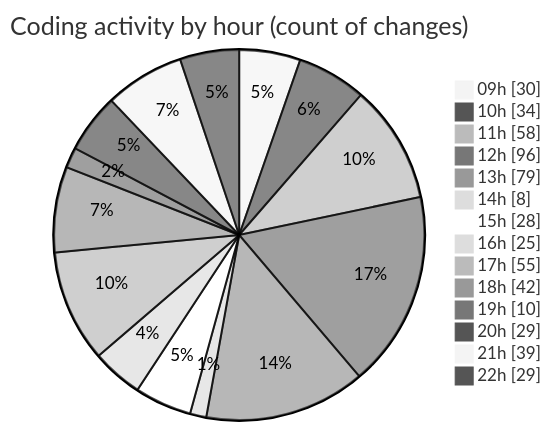
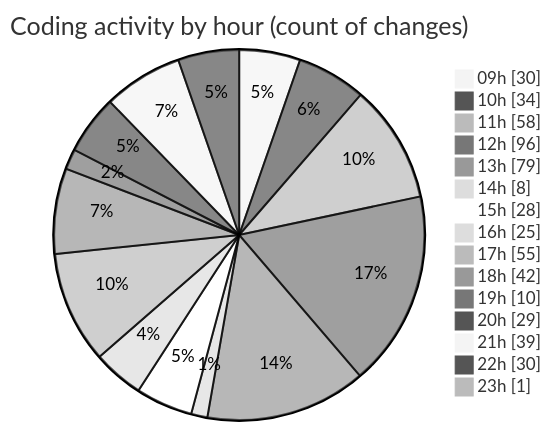
Before and after one commit to momahboobian/code-tracking: the second of 2 diagrams in 2025-04-02/cda/README.md, drawn with Mermaid (neutral theme). The commit also changed other lines of this file and 1 other file, not shown here.

````diff
--- a/2025-04-02/cda/README.md
+++ b/2025-04-02/cda/README.md
@@ -40,18 +40,19 @@
 ```mermaid
 pie showData
 title Coding activity by hour (count of changes)
 "09h" : 30
 "10h" : 34
 "11h" : 58
 "12h" : 96
 "13h" : 79
 "14h" : 8
 "15h" : 28
 "16h" : 25
 "17h" : 55
 "18h" : 42
 "19h" : 10
 "20h" : 29
 "21h" : 39
-"22h" : 29
+"22h" : 30
+"23h" : 1
 ```
````
